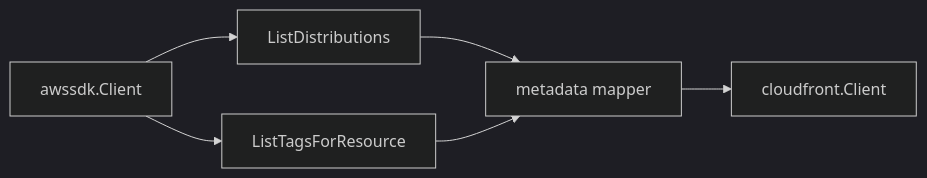
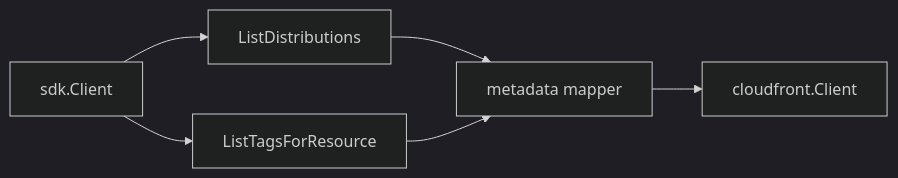
One commit to eshu-hq/eshu changed the diagram in go/internal/collector/cloud/aws/service/cloudfront/sdk/README.md. Above: the diagram before and after it, drawn with Mermaid (dark theme). The commit also changed other lines of this file and 2862 other files, not shown here.

````diff
--- a/go/internal/collector/cloud/aws/service/cloudfront/sdk/README.md
+++ b/go/internal/collector/cloud/aws/service/cloudfront/sdk/README.md
@@ -15,8 +15,8 @@
 ```mermaid
 flowchart LR
-    Client[awssdk.Client] --> List[ListDistributions]
+    Client[sdk.Client] --> List[ListDistributions]
     Client --> Tags[ListTagsForResource]
     List --> Mapper[metadata mapper]
     Tags --> Mapper
     Mapper --> Port[cloudfront.Client]
 ```
````
